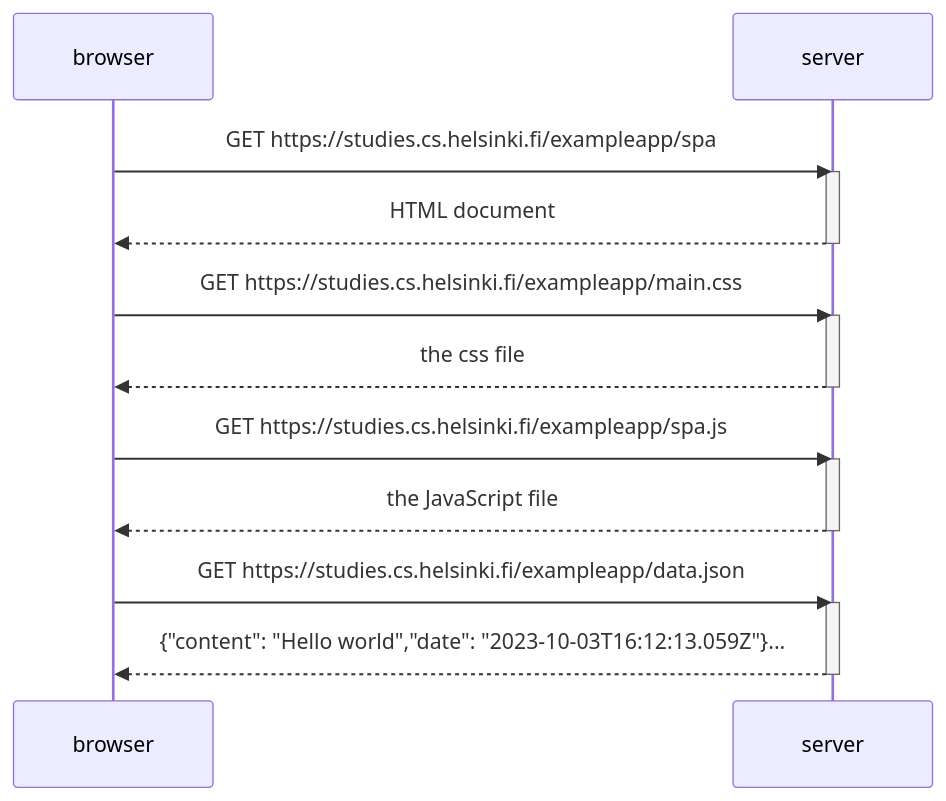
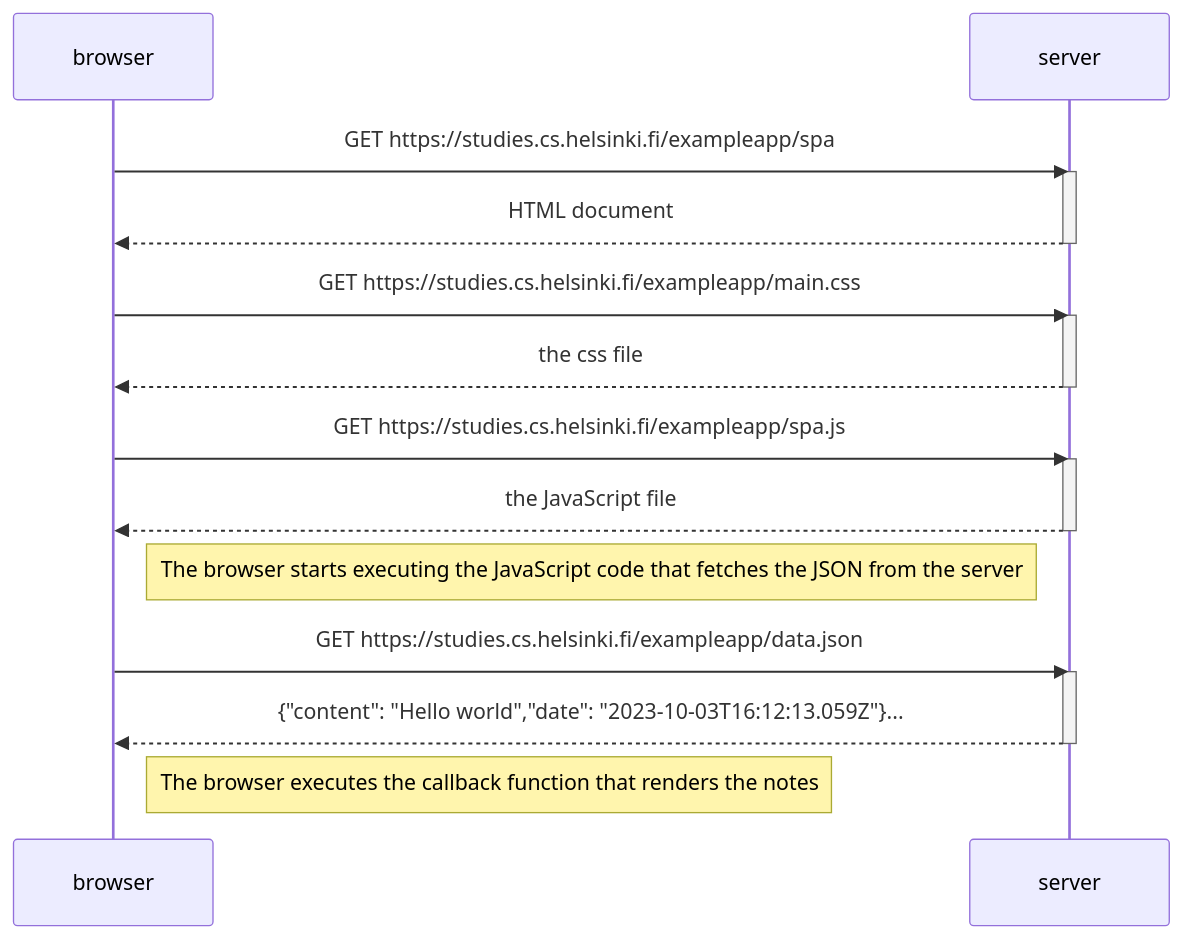
The diagram in osa0/t05.md (lassisav/fso), drawn with Mermaid before and after one commit.

Commit message:
Paranneltiin ratkaisua tehtävään 0.5.

````diff
--- a/osa0/t05.md
+++ b/osa0/t05.md
@@ -1,25 +1,29 @@
 ```mermaid
 sequenceDiagram
     participant browser
     participant server
 
     browser->>server: GET https://studies.cs.helsinki.fi/exampleapp/spa
     activate server
     server-->>browser: HTML document
     deactivate server
 
     browser->>server: GET https://studies.cs.helsinki.fi/exampleapp/main.css
     activate server
     server-->>browser: the css file
     deactivate server
 
     browser->>server: GET https://studies.cs.helsinki.fi/exampleapp/spa.js
     activate server
     server-->>browser: the JavaScript file
     deactivate server
 
+    Note right of browser: The browser starts executing the JavaScript code that fetches the JSON from the server
+
     browser->>server: GET https://studies.cs.helsinki.fi/exampleapp/data.json
     activate server
     server-->>browser: {"content": "Hello world","date": "2023-10-03T16:12:13.059Z"}...
     deactivate server
+
+    Note right of browser: The browser executes the callback function that renders the notes
 ```
````
